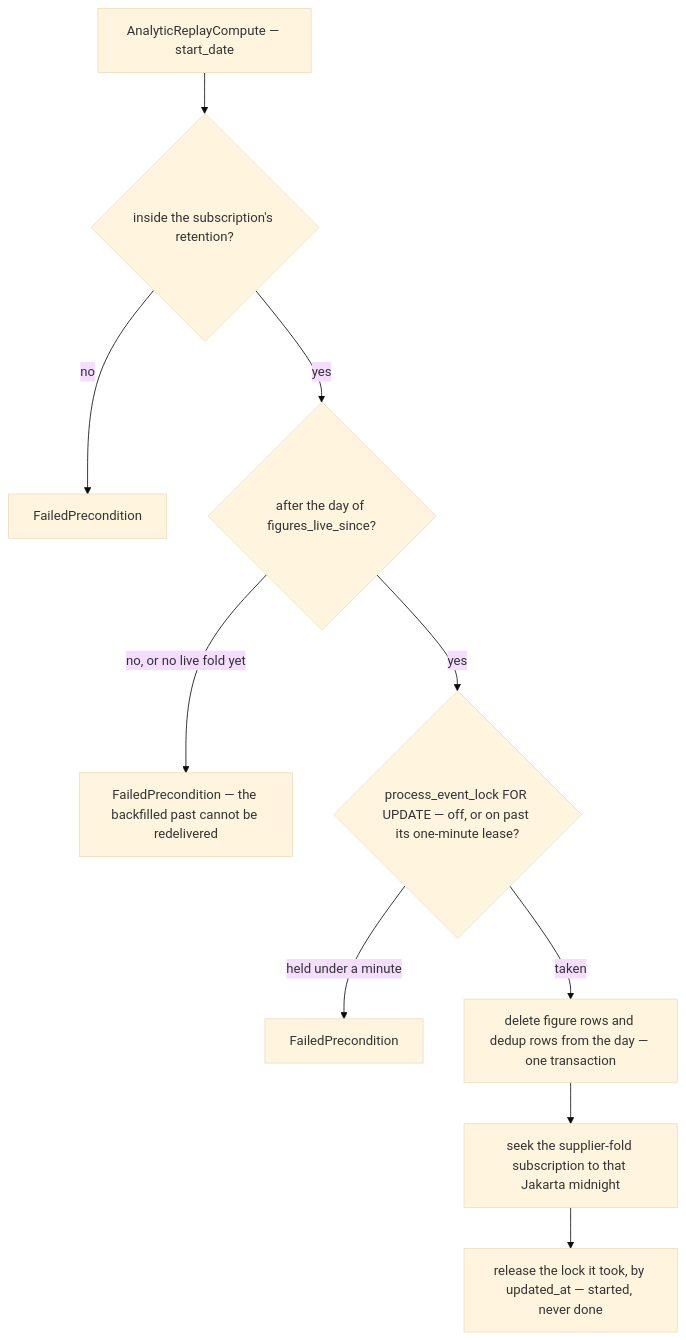
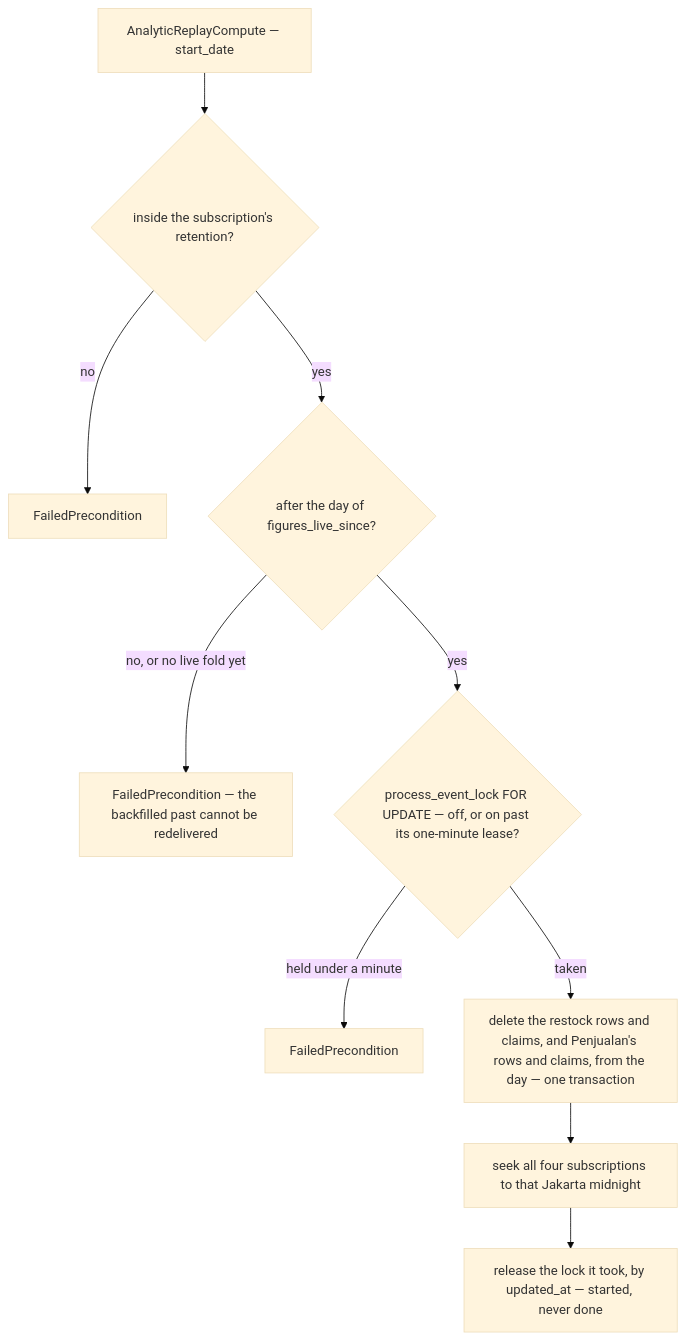
Before and after one commit to pdcgo/warehouse_revamp: diagram 14 of 14 in docs/services/supplier_service/rpc.md, drawn with Mermaid (base theme). The commit also changed other lines of this file and 686 other files, not shown here.

````diff
--- a/docs/services/supplier_service/rpc.md
+++ b/docs/services/supplier_service/rpc.md
@@ -648,12 +655,12 @@
 ```mermaid
 flowchart TD
   R["AnalyticReplayCompute — start_date"] --> W{"inside the subscription's retention?"}
   W -->|"no"| X1["FailedPrecondition"]
   W -->|"yes"| L{"after the day of figures_live_since?"}
   L -->|"no, or no live fold yet"| X2["FailedPrecondition — the backfilled past cannot be redelivered"]
   L -->|"yes"| K{"process_event_lock FOR UPDATE — off, or on past its one-minute lease?"}
   K -->|"held under a minute"| X3["FailedPrecondition"]
-  K -->|"taken"| D["delete figure rows and dedup rows from the day — one transaction"]
-  D --> S["seek the supplier-fold subscription to that Jakarta midnight"]
+  K -->|"taken"| D["delete the restock rows and claims, and Penjualan's rows and claims, from the day — one transaction"]
+  D --> S["seek all four subscriptions to that Jakarta midnight"]
   S --> U["release the lock it took, by updated_at — started, never done"]
 ```
````
